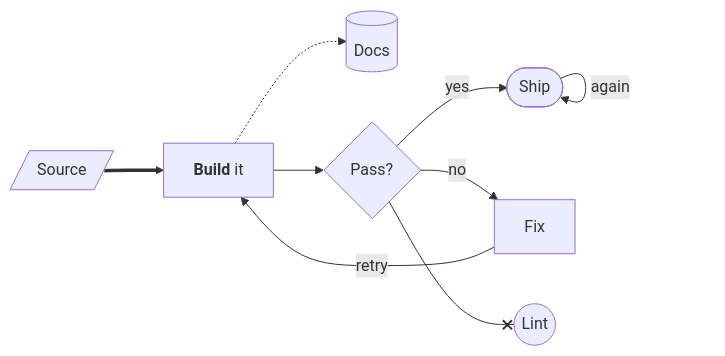
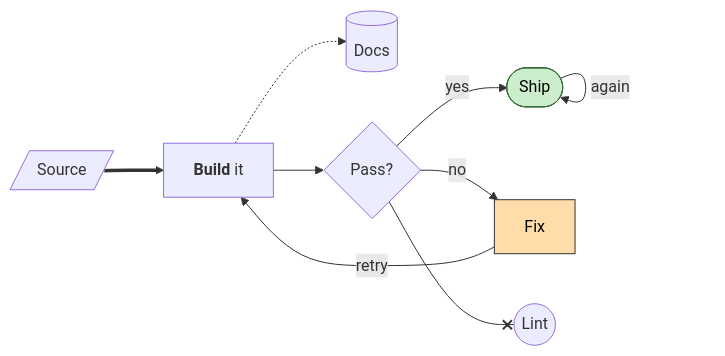
The diagram in README.md (GeertBosch/mdcat), drawn with Mermaid before and after one commit. The commit also changed other lines of this file and 6 other files, not shown here.

Commit message:
Draw Mermaid node fill, stroke and color from style, classDef and class

````diff
--- a/README.md
+++ b/README.md
@@ -208,11 +208,14 @@
 ```mermaid
 graph LR
     src[/Source/] ==> build["`**Build** it`"]
     build -.-> docs[(Docs)]
     build --> test{Pass?}
     test -->|yes| ship([Ship])
     test -->|no| fix[Fix]
     fix -->|retry| build
     ship -->|again| ship
     test --x lint((Lint))
+    classDef warm fill:#fda,stroke:#333,color:#000
+    class fix warm
+    style ship fill:#cec,stroke:#363,color:#000
 ```
````
